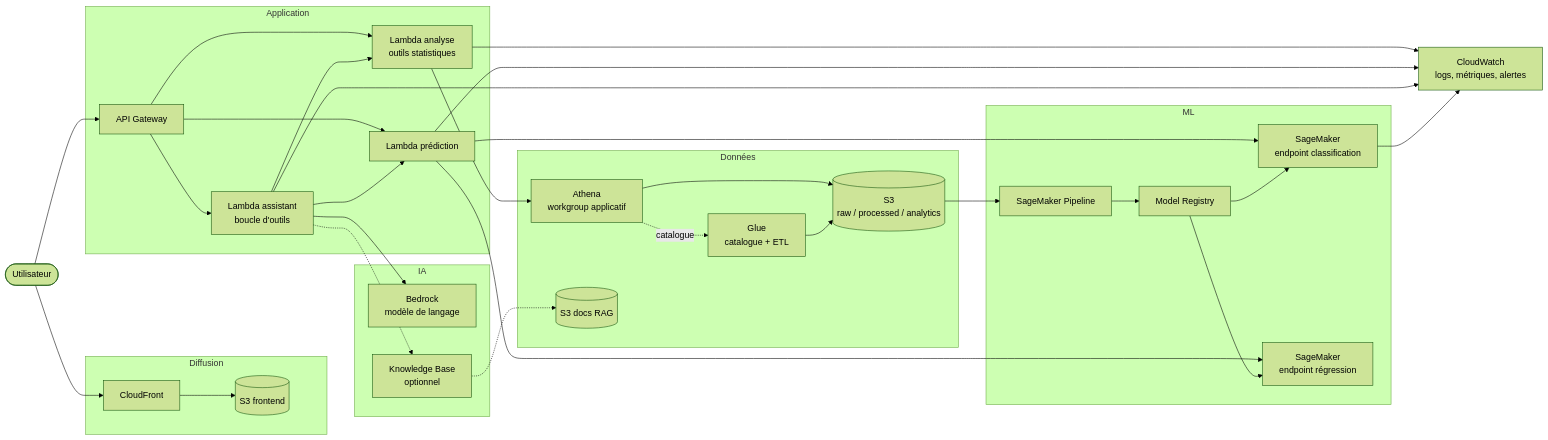
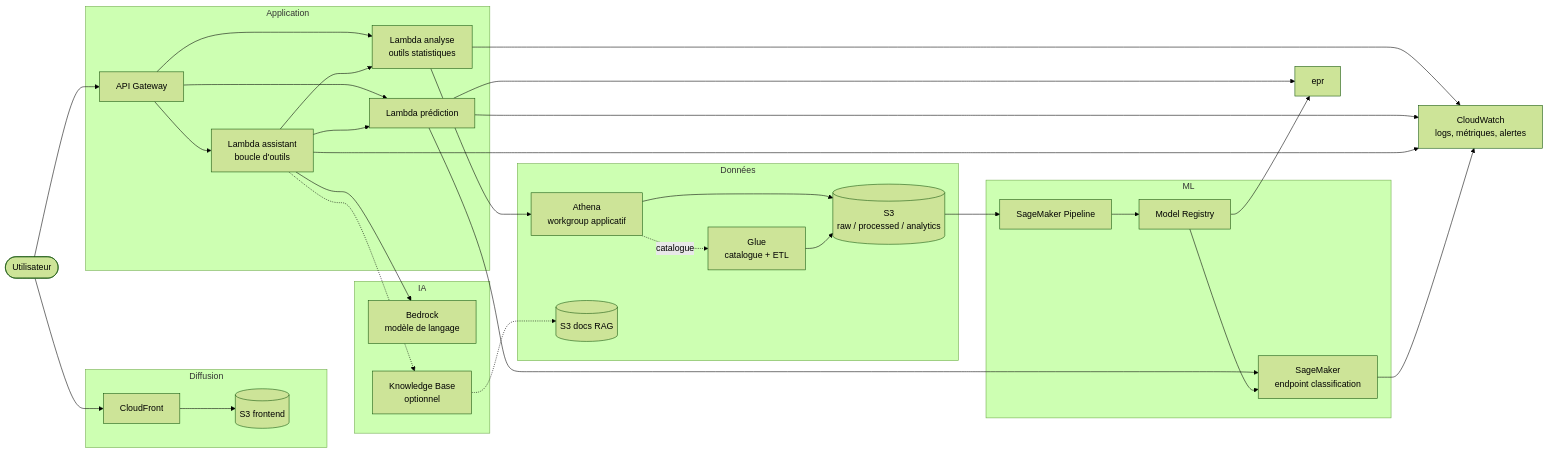
Before and after one commit to khaoula-mechria/whereismyplane: the diagram in docs/02-architecture/diagrams/containers.md, drawn with Mermaid (forest theme). The commit also changed 31 other files, not shown here.

````diff
--- a/docs/02-architecture/diagrams/containers.md
+++ b/docs/02-architecture/diagrams/containers.md
@@ -5,60 +5,59 @@
 ```mermaid
 flowchart LR
     user(["Utilisateur"])
 
     subgraph edge ["Diffusion"]
         cf["CloudFront"]
         s3web[("S3 frontend")]
     end
 
     subgraph app ["Application"]
         apigw["API Gateway"]
         lstats["Lambda analyse<br/>outils statistiques"]
         lpred["Lambda prédiction"]
         lchat["Lambda assistant<br/>boucle d'outils"]
     end
 
     subgraph ai ["IA"]
         bedrock["Bedrock<br/>modèle de langage"]
         kb["Knowledge Base<br/>optionnel"]
     end
 
     subgraph ml ["ML"]
         epc["SageMaker<br/>endpoint classification"]
-        epr["SageMaker<br/>endpoint régression"]
         reg["Model Registry"]
         pipe["SageMaker Pipeline"]
     end
 
     subgraph data ["Données"]
         s3[("S3<br/>raw / processed / analytics")]
         glue["Glue<br/>catalogue + ETL"]
         athena["Athena<br/>workgroup applicatif"]
         s3docs[("S3 docs RAG")]
     end
 
     cw["CloudWatch<br/>logs, métriques, alertes"]
 
     user --> cf --> s3web
     user --> apigw
     apigw --> lstats
     apigw --> lpred
     apigw --> lchat
     lchat --> bedrock
     lchat --> lstats
     lchat --> lpred
     lchat -.-> kb
     kb -.-> s3docs
     lstats --> athena --> s3
     glue --> s3
     athena -.catalogue.-> glue
     lpred --> epc
     lpred --> epr
     pipe --> reg --> epc
     reg --> epr
     s3 --> pipe
     lstats --> cw
     lpred --> cw
     lchat --> cw
     epc --> cw
 ```
````
